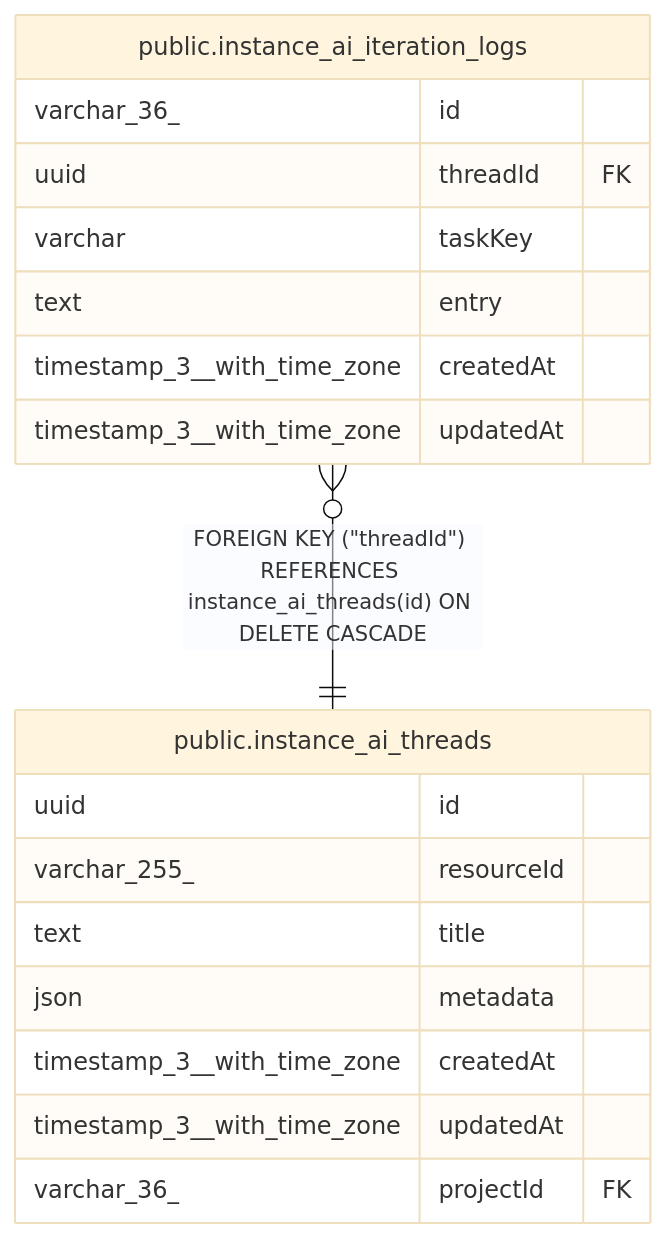
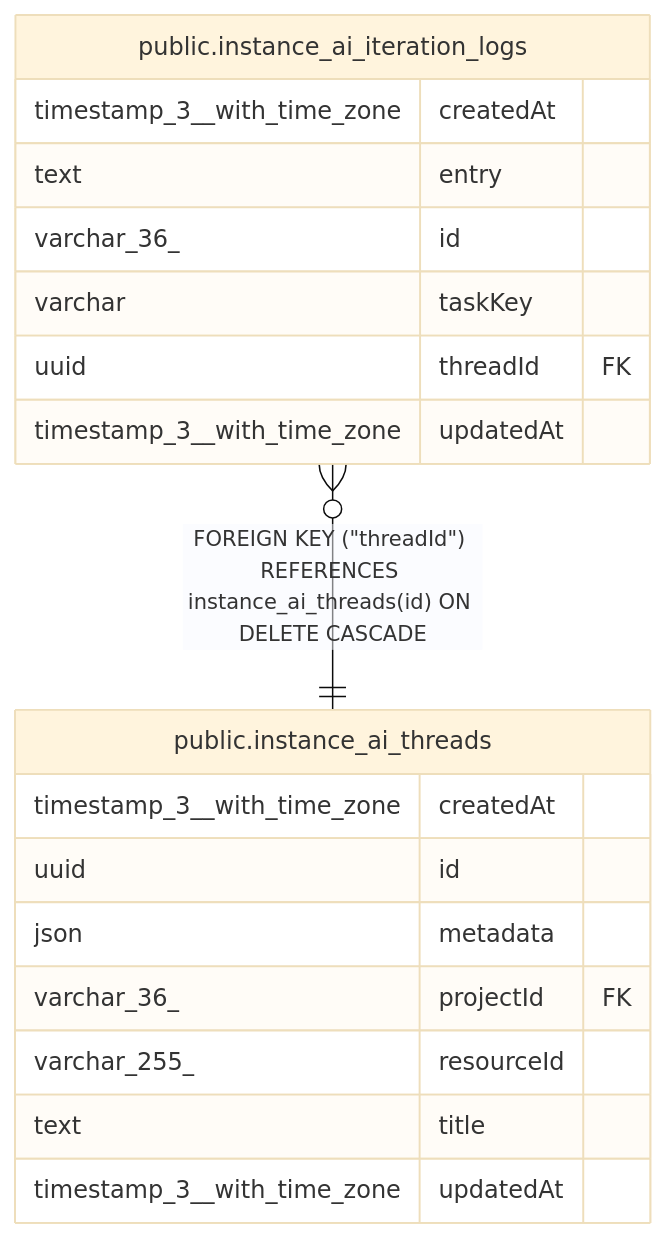
The diagram in docs/generated/postgres-schema/public.instance_ai_iteration_logs.md (mayankjain1815-commits/n8n), drawn with Mermaid (base theme) before and after one commit. The commit also changed other lines of this file and 221 other files, not shown here.

Commit message:
chore(core): Make DB schema docs generation deterministic (#32373)

````diff
--- a/docs/generated/postgres-schema/public.instance_ai_iteration_logs.md
+++ b/docs/generated/postgres-schema/public.instance_ai_iteration_logs.md
@@ -36,23 +36,23 @@
 ```mermaid
 erDiagram
 
 "public.instance_ai_iteration_logs" }o--|| "public.instance_ai_threads" : "FOREIGN KEY (#quot;threadId#quot;) REFERENCES instance_ai_threads(id) ON DELETE CASCADE"
 
 "public.instance_ai_iteration_logs" {
+  timestamp_3__with_time_zone createdAt
+  text entry
   varchar_36_ id
+  varchar taskKey
   uuid threadId FK
-  varchar taskKey
-  text entry
-  timestamp_3__with_time_zone createdAt
   timestamp_3__with_time_zone updatedAt
 }
 "public.instance_ai_threads" {
+  timestamp_3__with_time_zone createdAt
   uuid id
+  json metadata
+  varchar_36_ projectId FK
   varchar_255_ resourceId
   text title
-  json metadata
-  timestamp_3__with_time_zone createdAt
   timestamp_3__with_time_zone updatedAt
-  varchar_36_ projectId FK
 }
 ```
````
